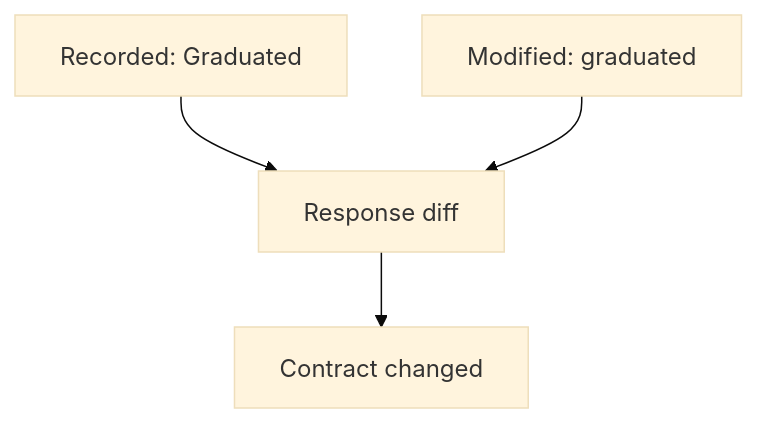
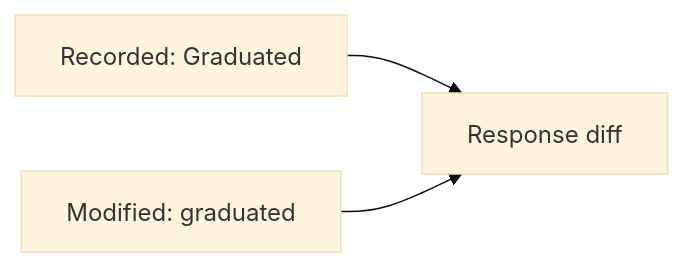
Before and after one commit to speedscale/mock-lab: the fourth of 4 diagrams in AI-CONTEXT.md, drawn with Mermaid (base theme). The commit also changed other lines of this file, not shown here.

Commit message:
docs: use consistent left-to-right diagrams

````diff
--- a/AI-CONTEXT.md
+++ b/AI-CONTEXT.md
@@ -59,6 +59,5 @@
 ```mermaid
-flowchart TB
+flowchart LR
     A["Recorded: Graduated"] --> D["Response diff"]
     B["Modified: graduated"] --> D
-    D --> F["Contract changed"]
 ```
````
